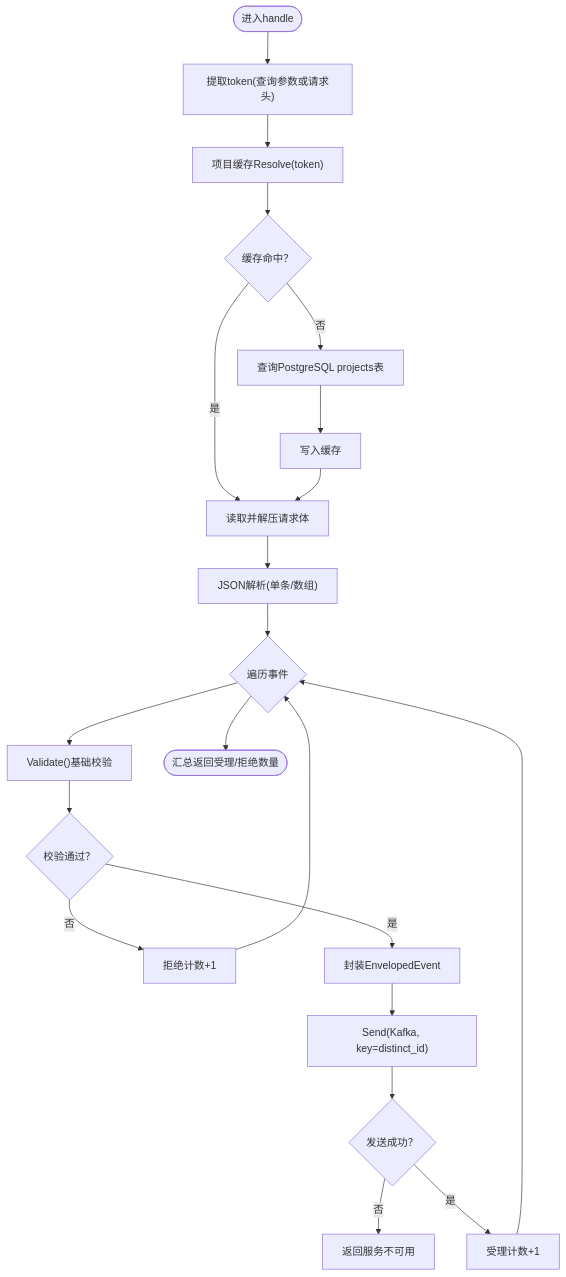
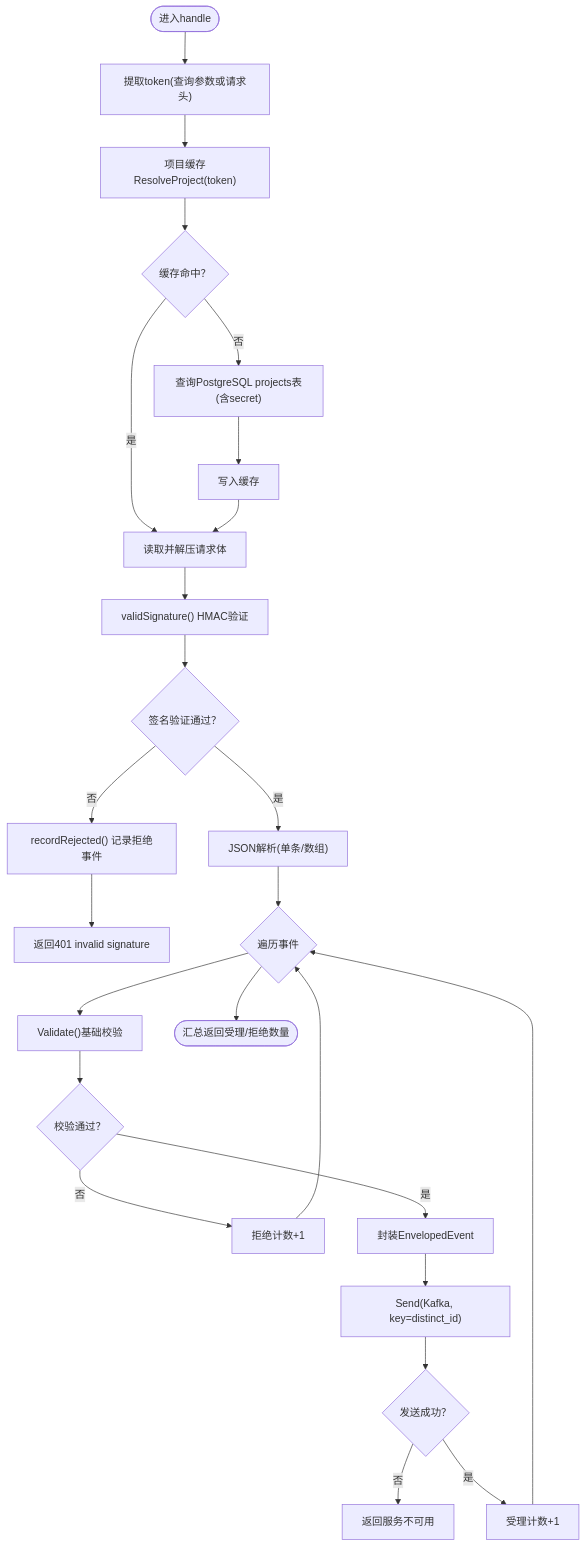
One commit to zhen-zhong/AeroLog changed the third of 6 diagrams in .qoder/repowiki/zh/content/后端服务架构/Collector服务.md. Above: the diagram before and after it, drawn with Mermaid. The commit also changed other lines of this file and 130 other files, not shown here.

````diff
--- a/.qoder/repowiki/zh/content/后端服务架构/Collector服务.md
+++ b/.qoder/repowiki/zh/content/后端服务架构/Collector服务.md
@@ -181,23 +191,27 @@
 ```mermaid
 flowchart TD
 Start(["进入handle"]) --> GetToken["提取token(查询参数或请求头)"]
-GetToken --> Resolve["项目缓存Resolve(token)"]
+GetToken --> Resolve["项目缓存ResolveProject(token)"]
 Resolve --> CacheHit{"缓存命中？"}
 CacheHit --> |是| ParseBody["读取并解压请求体"]
-CacheHit --> |否| QueryDB["查询PostgreSQL projects表"]
+CacheHit --> |否| QueryDB["查询PostgreSQL projects表(含secret)"]
 QueryDB --> SaveCache["写入缓存"]
 SaveCache --> ParseBody
-ParseBody --> JSONParse["JSON解析(单条/数组)"]
+ParseBody --> HMAC["validSignature() HMAC验证"]
+HMAC --> HMACOK{"签名验证通过？"}
+HMACOK --> |否| RecordReject["recordRejected() 记录拒绝事件"]
+RecordReject --> Return401["返回401 invalid signature"]
+HMACOK --> |是| JSONParse["JSON解析(单条/数组)"]
 JSONParse --> Loop{"遍历事件"}
 Loop --> Validate["Validate()基础校验"]
 Validate --> Valid{"校验通过？"}
 Valid --> |否| IncReject["拒绝计数+1"]
 Valid --> |是| Wrap["封装EnvelopedEvent"]
 Wrap --> Send["Send(Kafka, key=distinct_id)"]
 Send --> SentOK{"发送成功？"}
 SentOK --> |否| ErrQueue["返回服务不可用"]
 SentOK --> |是| IncAccept["受理计数+1"]
 IncAccept --> Loop
 IncReject --> Loop
 Loop --> Done(["汇总返回受理/拒绝数量"])
 ```
````
